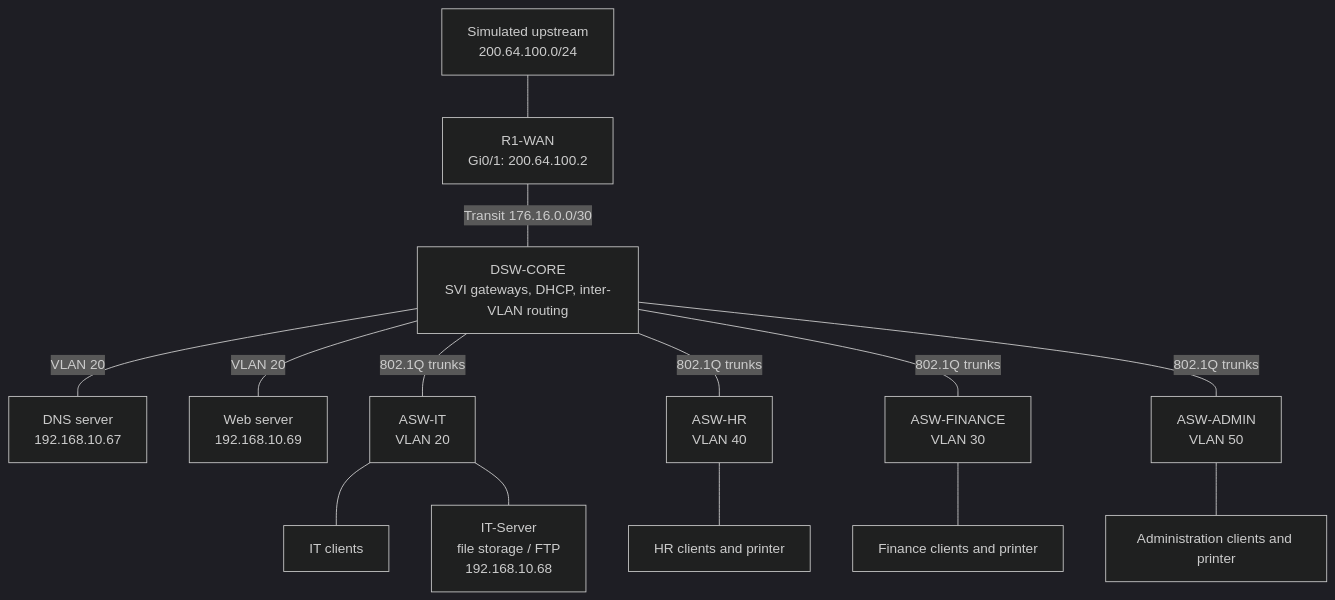
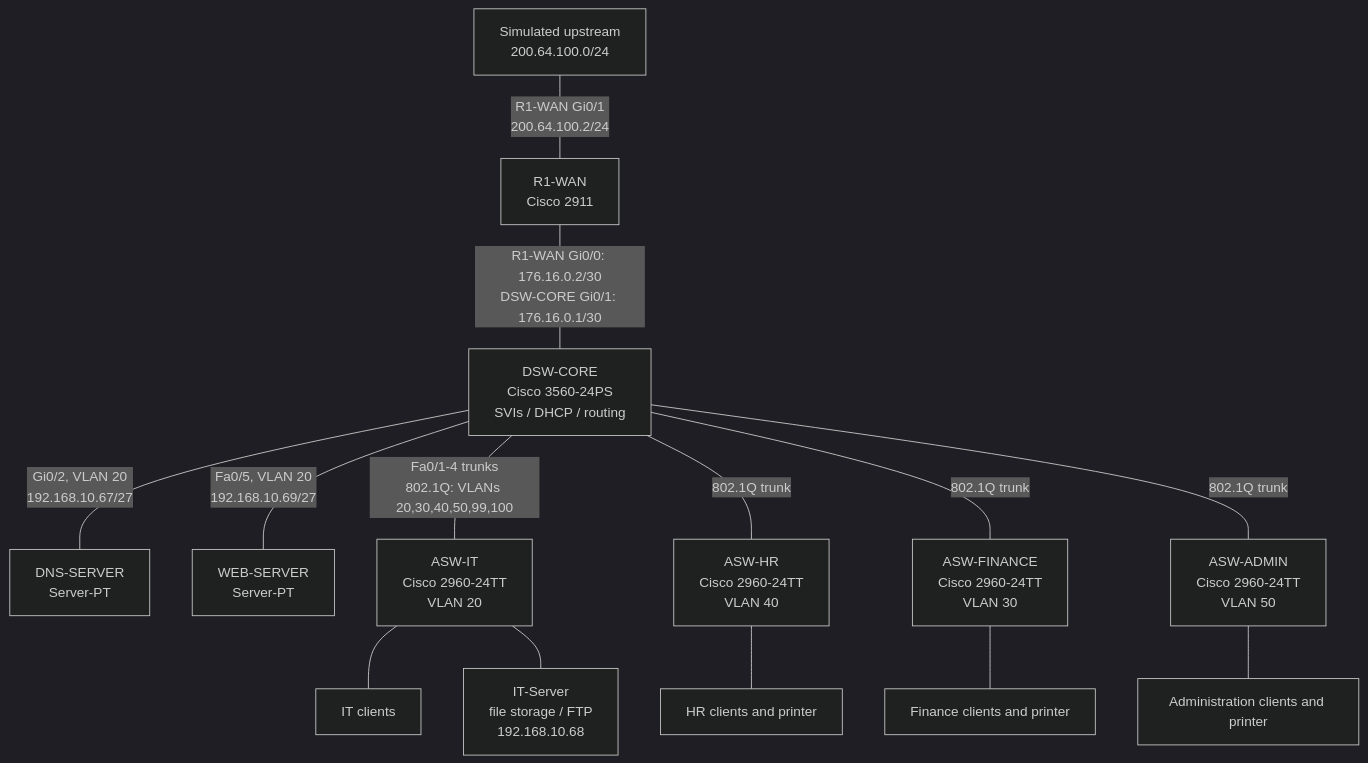
Before and after one commit to 1Feycode/Abyssinia-Enterprise-Network: the diagram in README.md, drawn with Mermaid (dark theme). The commit also changed other lines of this file and 7 other files, not shown here.

````diff
--- a/README.md
+++ b/README.md
@@ -31,16 +30,16 @@
 ```mermaid
 flowchart TB
-    UP["Simulated upstream<br/>200.64.100.0/24"] --- R1["R1-WAN<br/>Gi0/1: 200.64.100.2"]
-    R1 ---|"Transit 176.16.0.0/30"| CORE["DSW-CORE<br/>SVI gateways, DHCP, inter-VLAN routing"]
-    CORE ---|"VLAN 20"| DNS["DNS server<br/>192.168.10.67"]
-    CORE ---|"VLAN 20"| WEB["Web server<br/>192.168.10.69"]
-    CORE ---|"802.1Q trunks"| IT["ASW-IT<br/>VLAN 20"]
-    CORE ---|"802.1Q trunks"| HR["ASW-HR<br/>VLAN 40"]
-    CORE ---|"802.1Q trunks"| FIN["ASW-FINANCE<br/>VLAN 30"]
-    CORE ---|"802.1Q trunks"| ADMIN["ASW-ADMIN<br/>VLAN 50"]
+    UP["Simulated upstream<br/>200.64.100.0/24"] ---|"R1-WAN Gi0/1<br/>200.64.100.2/24"| R1["R1-WAN<br/>Cisco 2911"]
+    R1 ---|"R1-WAN Gi0/0: 176.16.0.2/30<br/>DSW-CORE Gi0/1: 176.16.0.1/30"| CORE["DSW-CORE<br/>Cisco 3560-24PS<br/>SVIs / DHCP / routing"]
+    CORE ---|"Gi0/2, VLAN 20<br/>192.168.10.67/27"| DNS["DNS-SERVER<br/>Server-PT"]
+    CORE ---|"Fa0/5, VLAN 20<br/>192.168.10.69/27"| WEB["WEB-SERVER<br/>Server-PT"]
+    CORE ---|"Fa0/1-4 trunks<br/>802.1Q: VLANs 20,30,40,50,99,100"| IT["ASW-IT<br/>Cisco 2960-24TT<br/>VLAN 20"]
+    CORE ---|"802.1Q trunk"| HR["ASW-HR<br/>Cisco 2960-24TT<br/>VLAN 40"]
+    CORE ---|"802.1Q trunk"| FIN["ASW-FINANCE<br/>Cisco 2960-24TT<br/>VLAN 30"]
+    CORE ---|"802.1Q trunk"| ADMIN["ASW-ADMIN<br/>Cisco 2960-24TT<br/>VLAN 50"]
     IT --- ITPC["IT clients"]
     IT --- FTP["IT-Server<br/>file storage / FTP<br/>192.168.10.68"]
     HR --- HRPC["HR clients and printer"]
     FIN --- FINPC["Finance clients and printer"]
     ADMIN --- ADMINPC["Administration clients and printer"]
 ```
````
